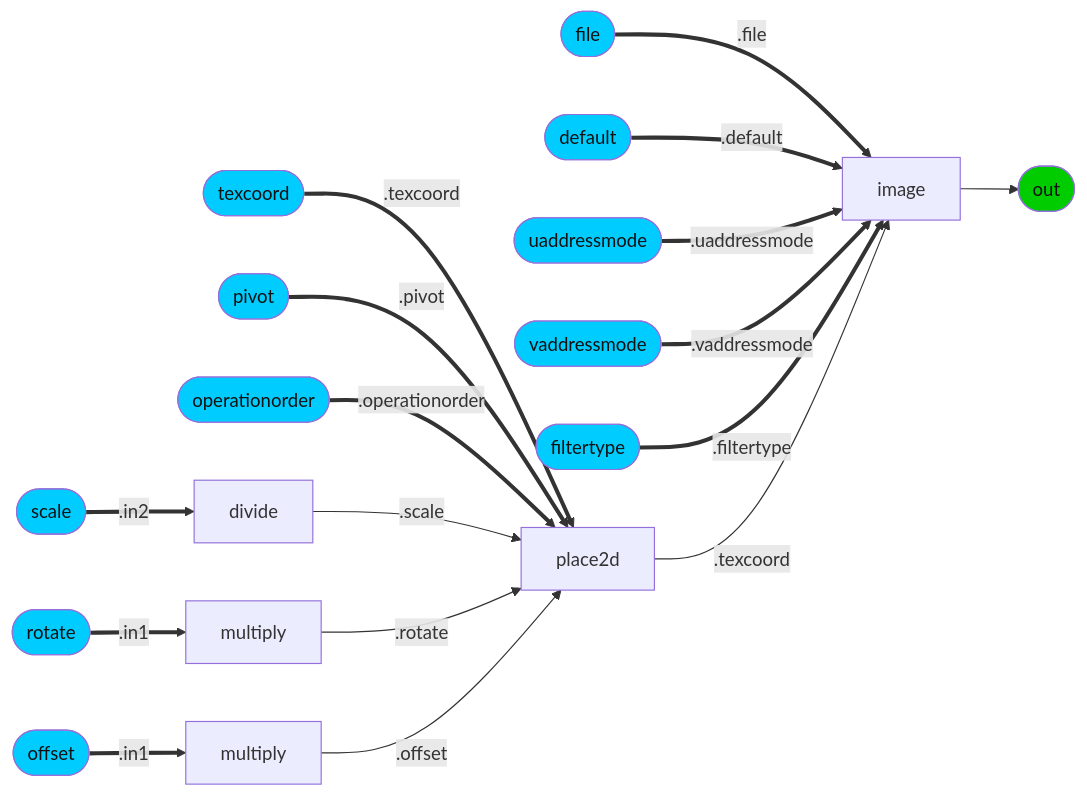
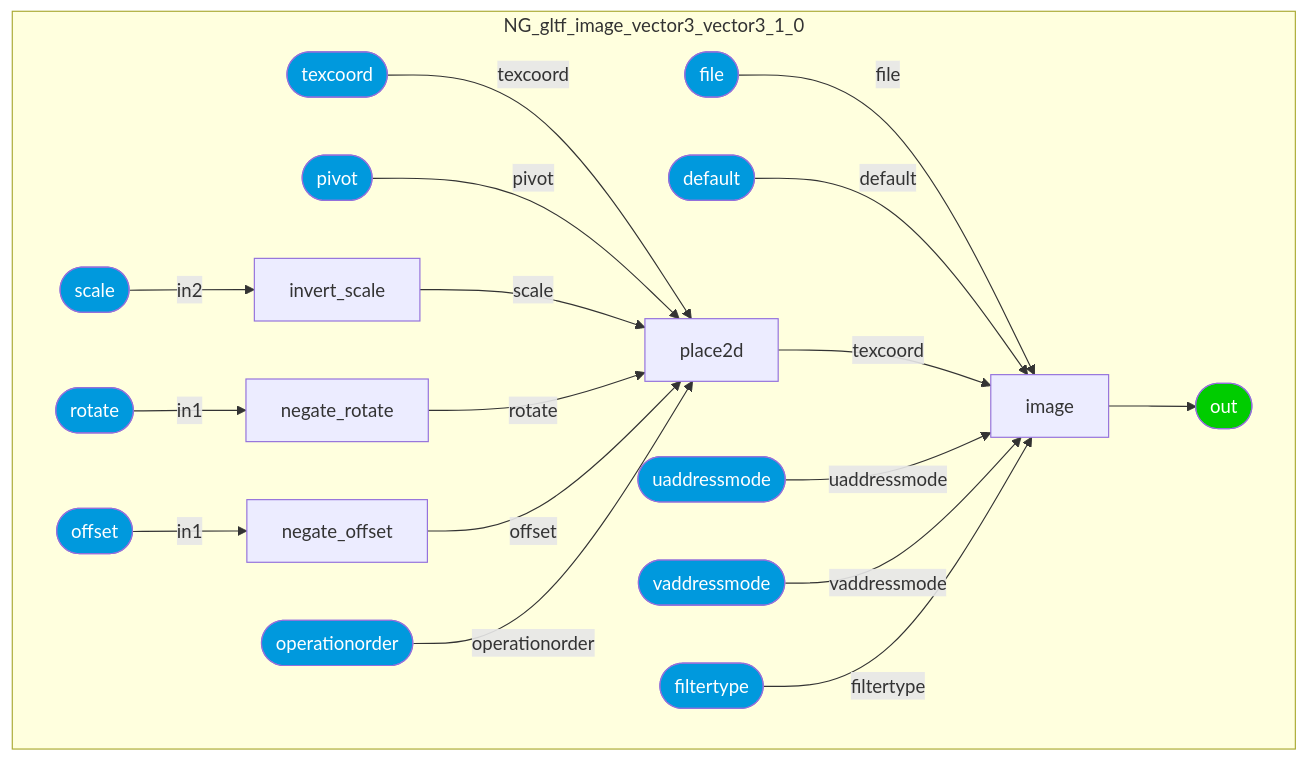
Before and after one commit to kwokcb/MaterialX_Learn: the sixth of 36 diagrams in documents/definitions/bxdf_doc.md, drawn with Mermaid. The commit also changed other lines of this file and 1015 other files, not shown here.

````diff
--- a/documents/definitions/bxdf_doc.md
+++ b/documents/definitions/bxdf_doc.md
@@ -557,32 +690,50 @@
 ```mermaid
-graph LR; 
-    NG_gltf_image_vector3_vector3_1_0_image[image] --> NG_gltf_image_vector3_vector3_1_0_out([out])
-    style NG_gltf_image_vector3_vector3_1_0_out fill:#0C0, color:#111
-    NG_gltf_image_vector3_vector3_1_0_fileINT([file]) ==.file==> NG_gltf_image_vector3_vector3_1_0_image[image]
-    style NG_gltf_image_vector3_vector3_1_0_fileINT fill:#0CF, color:#111
-    NG_gltf_image_vector3_vector3_1_0_dfaultINT([default]) ==.default==> NG_gltf_image_vector3_vector3_1_0_image[image]
-    style NG_gltf_image_vector3_vector3_1_0_dfaultINT fill:#0CF, color:#111
-    NG_gltf_image_vector3_vector3_1_0_uaddressmodeINT([uaddressmode]) ==.uaddressmode==> NG_gltf_image_vector3_vector3_1_0_image[image]
-    style NG_gltf_image_vector3_vector3_1_0_uaddressmodeINT fill:#0CF, color:#111
-    NG_gltf_image_vector3_vector3_1_0_vaddressmodeINT([vaddressmode]) ==.vaddressmode==> NG_gltf_image_vector3_vector3_1_0_image[image]
-    style NG_gltf_image_vector3_vector3_1_0_vaddressmodeINT fill:#0CF, color:#111
-    NG_gltf_image_vector3_vector3_1_0_filtertypeINT([filtertype]) ==.filtertype==> NG_gltf_image_vector3_vector3_1_0_image[image]
-    style NG_gltf_image_vector3_vector3_1_0_filtertypeINT fill:#0CF, color:#111
-    NG_gltf_image_vector3_vector3_1_0_place2d[place2d] --".texcoord"--> NG_gltf_image_vector3_vector3_1_0_image[image]
-    NG_gltf_image_vector3_vector3_1_0_texcoordINT([texcoord]) ==.texcoord==> NG_gltf_image_vector3_vector3_1_0_place2d[place2d]
-    style NG_gltf_image_vector3_vector3_1_0_texcoordINT fill:#0CF, color:#111
-    NG_gltf_image_vector3_vector3_1_0_pivotINT([pivot]) ==.pivot==> NG_gltf_image_vector3_vector3_1_0_place2d[place2d]
-    style NG_gltf_image_vector3_vector3_1_0_pivotINT fill:#0CF, color:#111
-    NG_gltf_image_vector3_vector3_1_0_operationorderINT([operationorder]) ==.operationorder==> NG_gltf_image_vector3_vector3_1_0_place2d[place2d]
-    style NG_gltf_image_vector3_vector3_1_0_operationorderINT fill:#0CF, color:#111
-    NG_gltf_image_vector3_vector3_1_0_invert_scale[divide] --".scale"--> NG_gltf_image_vector3_vector3_1_0_place2d[place2d]
-    NG_gltf_image_vector3_vector3_1_0_scaleINT([scale]) ==.in2==> NG_gltf_image_vector3_vector3_1_0_invert_scale[divide]
-    style NG_gltf_image_vector3_vector3_1_0_scaleINT fill:#0CF, color:#111
-    NG_gltf_image_vector3_vector3_1_0_negate_rotate[multiply] --".rotate"--> NG_gltf_image_vector3_vector3_1_0_place2d[place2d]
-    NG_gltf_image_vector3_vector3_1_0_rotateINT([rotate]) ==.in1==> NG_gltf_image_vector3_vector3_1_0_negate_rotate[multiply]
-    style NG_gltf_image_vector3_vector3_1_0_rotateINT fill:#0CF, color:#111
-    NG_gltf_image_vector3_vector3_1_0_negate_offset[multiply] --".offset"--> NG_gltf_image_vector3_vector3_1_0_place2d[place2d]
-    NG_gltf_image_vector3_vector3_1_0_offsetINT([offset]) ==.in1==> NG_gltf_image_vector3_vector3_1_0_negate_offset[multiply]
-    style NG_gltf_image_vector3_vector3_1_0_offsetINT fill:#0CF, color:#111
-
+graph TB
+    subgraph NG_gltf_image_vector3_vector3_1_0
+    NG_gltf_image_vector3_vector3_1_0_image[image]
+    NG_gltf_image_vector3_vector3_1_0_invert_scale[invert_scale]
+    NG_gltf_image_vector3_vector3_1_0_negate_rotate[negate_rotate]
+    NG_gltf_image_vector3_vector3_1_0_negate_offset[negate_offset]
+    NG_gltf_image_vector3_vector3_1_0_place2d[place2d]
+    style NG_gltf_image_vector3_vector3_1_0_out  fill:#0C0, color:#FFF
+    NG_gltf_image_vector3_vector3_1_0_out([out])
+    style NG_gltf_image_vector3_vector3_1_0_file  fill:#09D, color:#FFF
+    NG_gltf_image_vector3_vector3_1_0_file([file])
+    style NG_gltf_image_vector3_vector3_1_0_default1  fill:#09D, color:#FFF
+    NG_gltf_image_vector3_vector3_1_0_default1([default])
+    style NG_gltf_image_vector3_vector3_1_0_uaddressmode  fill:#09D, color:#FFF
+    NG_gltf_image_vector3_vector3_1_0_uaddressmode([uaddressmode])
+    style NG_gltf_image_vector3_vector3_1_0_vaddressmode  fill:#09D, color:#FFF
+    NG_gltf_image_vector3_vector3_1_0_vaddressmode([vaddressmode])
+    style NG_gltf_image_vector3_vector3_1_0_filtertype  fill:#09D, color:#FFF
+    NG_gltf_image_vector3_vector3_1_0_filtertype([filtertype])
+    style NG_gltf_image_vector3_vector3_1_0_scale  fill:#09D, color:#FFF
+    NG_gltf_image_vector3_vector3_1_0_scale([scale])
+    style NG_gltf_image_vector3_vector3_1_0_rotate  fill:#09D, color:#FFF
+    NG_gltf_image_vector3_vector3_1_0_rotate([rotate])
+    style NG_gltf_image_vector3_vector3_1_0_offset  fill:#09D, color:#FFF
+    NG_gltf_image_vector3_vector3_1_0_offset([offset])
+    style NG_gltf_image_vector3_vector3_1_0_texcoord  fill:#09D, color:#FFF
+    NG_gltf_image_vector3_vector3_1_0_texcoord([texcoord])
+    style NG_gltf_image_vector3_vector3_1_0_pivot  fill:#09D, color:#FFF
+    NG_gltf_image_vector3_vector3_1_0_pivot([pivot])
+    style NG_gltf_image_vector3_vector3_1_0_operationorder  fill:#09D, color:#FFF
+    NG_gltf_image_vector3_vector3_1_0_operationorder([operationorder])
+    end
+    NG_gltf_image_vector3_vector3_1_0_file --"file"--> NG_gltf_image_vector3_vector3_1_0_image
+    NG_gltf_image_vector3_vector3_1_0_default1 --"default"--> NG_gltf_image_vector3_vector3_1_0_image
+    NG_gltf_image_vector3_vector3_1_0_place2d --"texcoord"--> NG_gltf_image_vector3_vector3_1_0_image
+    NG_gltf_image_vector3_vector3_1_0_uaddressmode --"uaddressmode"--> NG_gltf_image_vector3_vector3_1_0_image
+    NG_gltf_image_vector3_vector3_1_0_vaddressmode --"vaddressmode"--> NG_gltf_image_vector3_vector3_1_0_image
+    NG_gltf_image_vector3_vector3_1_0_filtertype --"filtertype"--> NG_gltf_image_vector3_vector3_1_0_image
+    NG_gltf_image_vector3_vector3_1_0_scale --"in2"--> NG_gltf_image_vector3_vector3_1_0_invert_scale
+    NG_gltf_image_vector3_vector3_1_0_rotate --"in1"--> NG_gltf_image_vector3_vector3_1_0_negate_rotate
+    NG_gltf_image_vector3_vector3_1_0_offset --"in1"--> NG_gltf_image_vector3_vector3_1_0_negate_offset
+    NG_gltf_image_vector3_vector3_1_0_texcoord --"texcoord"--> NG_gltf_image_vector3_vector3_1_0_place2d
+    NG_gltf_image_vector3_vector3_1_0_pivot --"pivot"--> NG_gltf_image_vector3_vector3_1_0_place2d
+    NG_gltf_image_vector3_vector3_1_0_invert_scale --"scale"--> NG_gltf_image_vector3_vector3_1_0_place2d
+    NG_gltf_image_vector3_vector3_1_0_negate_rotate --"rotate"--> NG_gltf_image_vector3_vector3_1_0_place2d
+    NG_gltf_image_vector3_vector3_1_0_negate_offset --"offset"--> NG_gltf_image_vector3_vector3_1_0_place2d
+    NG_gltf_image_vector3_vector3_1_0_operationorder --"operationorder"--> NG_gltf_image_vector3_vector3_1_0_place2d
+    NG_gltf_image_vector3_vector3_1_0_image --> NG_gltf_image_vector3_vector3_1_0_out
 ```
````
